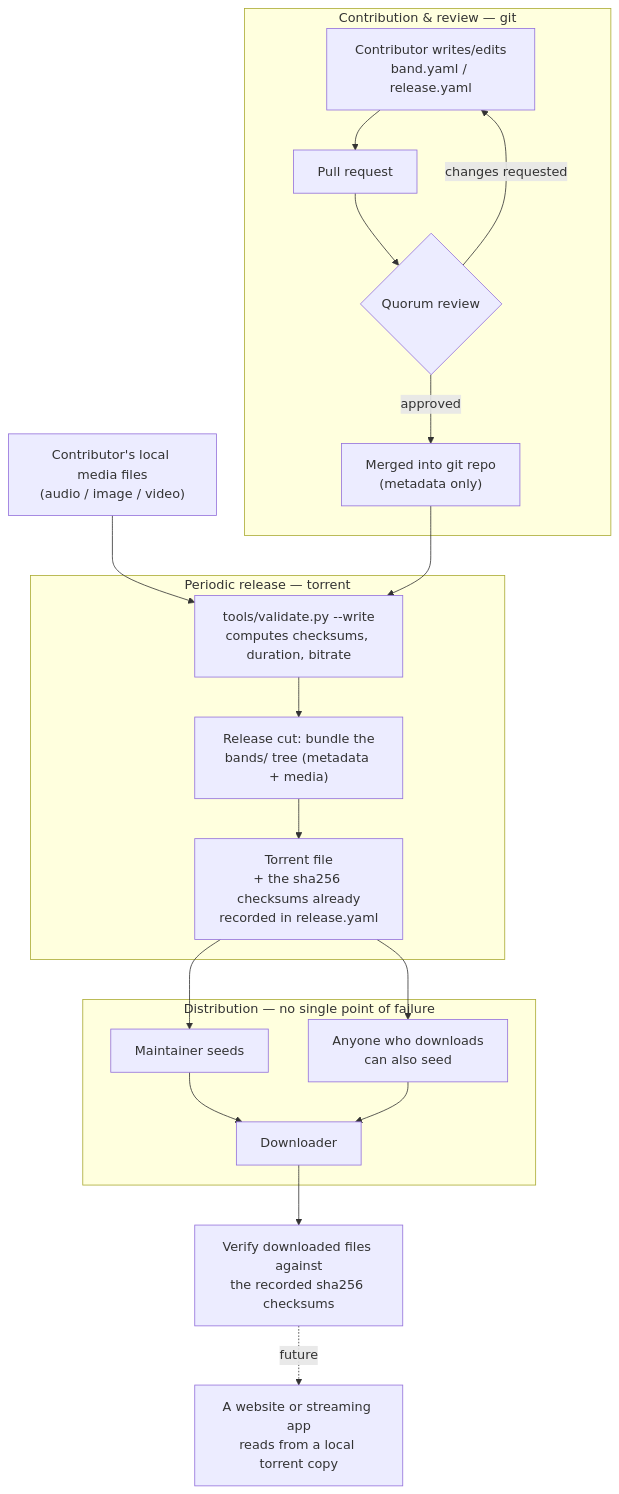
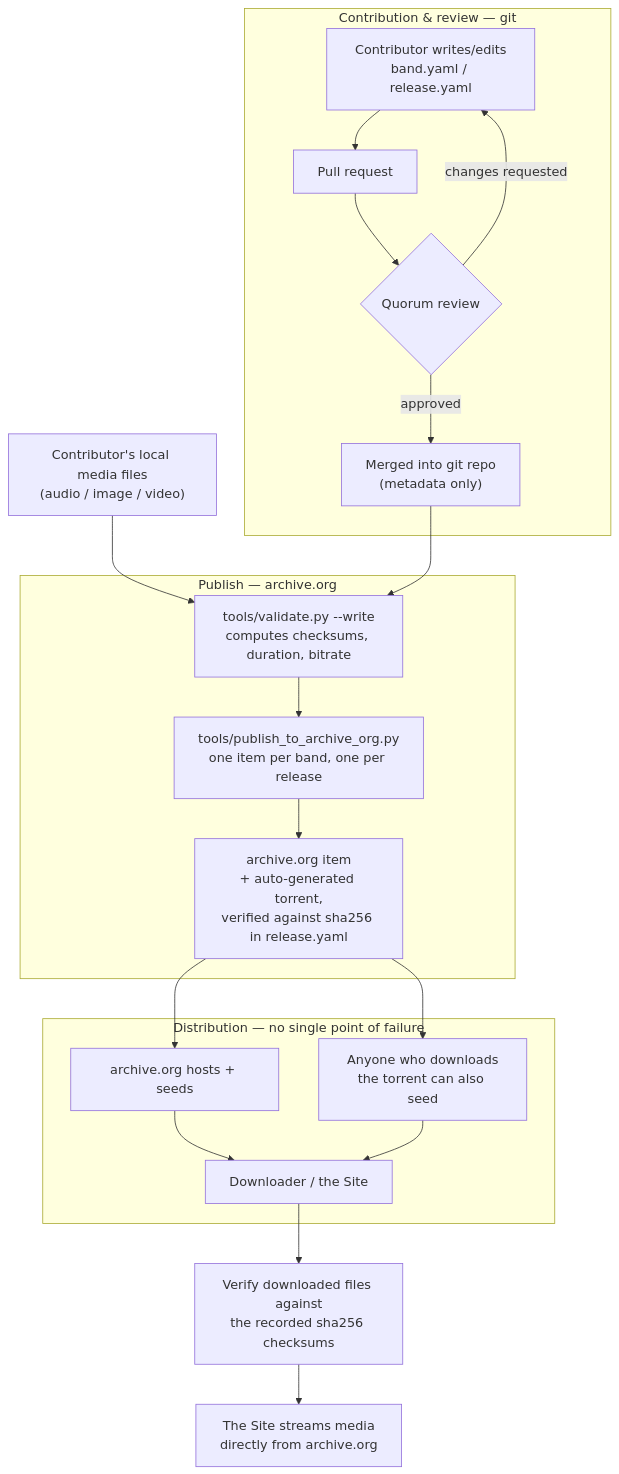
Before and after one commit to svalevka/daugavpils.fans: the diagram in README.md, drawn with Mermaid. The commit also changed other lines of this file and 15 other files, not shown here.

First line of the commit message:
Move band/release media distribution to archive.org

````diff
--- a/README.md
+++ b/README.md
@@ -20,27 +20,27 @@
 ```mermaid
 flowchart TD
     subgraph contribution["Contribution & review — git"]
         A["Contributor writes/edits<br/>band.yaml / release.yaml"] --> B["Pull request"]
         B --> C{"Quorum review"}
         C -->|"changes requested"| A
         C -->|"approved"| D["Merged into git repo<br/>(metadata only)"]
     end
 
     F["Contributor's local media files<br/>(audio / image / video)"] --> E
     D --> E["tools/validate.py --write<br/>computes checksums, duration, bitrate"]
 
-    subgraph release["Periodic release — torrent"]
-        E --> G["Release cut: bundle the<br/>bands/ tree (metadata + media)"]
-        G --> H["Torrent file<br/>+ the sha256 checksums already<br/>recorded in release.yaml"]
+    subgraph release["Publish — archive.org"]
+        E --> G["tools/publish_to_archive_org.py<br/>one item per band, one per release"]
+        G --> H["archive.org item<br/>+ auto-generated torrent,<br/>verified against sha256 in release.yaml"]
     end
 
     subgraph distribution["Distribution — no single point of failure"]
-        H --> I["Maintainer seeds"]
-        H --> J["Anyone who downloads<br/>can also seed"]
-        I --> K["Downloader"]
+        H --> I["archive.org hosts + seeds"]
+        H --> J["Anyone who downloads<br/>the torrent can also seed"]
+        I --> K["Downloader / the Site"]
         J --> K
     end
 
     K --> L["Verify downloaded files against<br/>the recorded sha256 checksums"]
-    L -. future .-> M["A website or streaming app<br/>reads from a local torrent copy"]
+    L --> M["The Site streams media<br/>directly from archive.org"]
 ```
````
